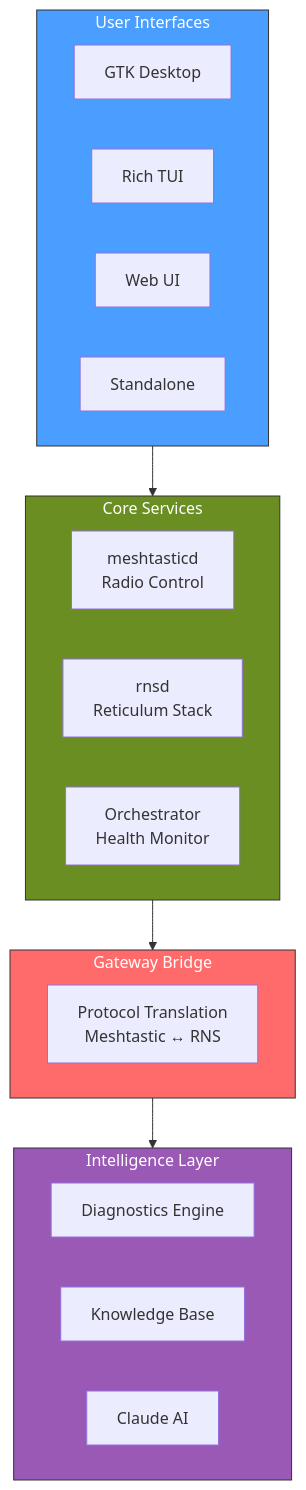
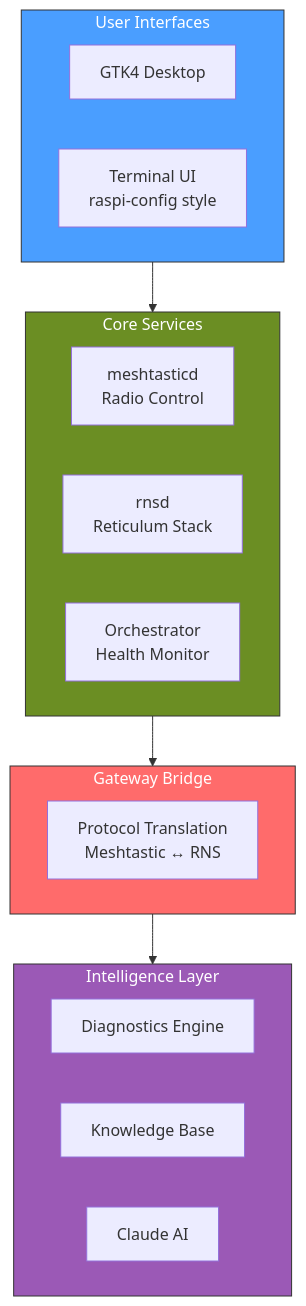
One commit to Nursedude/meshanchor changed the second of 2 diagrams in README.md. Above: the diagram before and after it, drawn with Mermaid. The commit also changed other lines of this file and 46 other files, not shown here.

First line of the commit message:
refactor: Consolidate 7 UIs down to 2 (GTK Desktop + Terminal TUI)

````diff
--- a/README.md
+++ b/README.md
@@ -174,34 +173,32 @@
 ```mermaid
 flowchart TB
     subgraph UI[User Interfaces]
-        GTK[GTK Desktop]
-        TUI[Rich TUI]
-        WEB[Web UI]
-        SA[Standalone]
+        GTK[GTK4 Desktop]
+        TUI[Terminal UI<br/>raspi-config style]
     end
 
     subgraph SERVICES[Core Services]
         MTD[meshtasticd<br/>Radio Control]
         RNS[rnsd<br/>Reticulum Stack]
         ORC[Orchestrator<br/>Health Monitor]
     end
 
     subgraph BRIDGE[Gateway Bridge]
         PROTO[Protocol Translation<br/>Meshtastic ↔ RNS]
     end
 
     subgraph INTEL[Intelligence Layer]
         DIAG[Diagnostics Engine]
         KB[Knowledge Base]
         AI[Claude AI]
     end
 
     UI --> SERVICES
     SERVICES --> BRIDGE
     BRIDGE --> INTEL
 
     style UI fill:#4a9eff,stroke:#333,color:#fff
     style SERVICES fill:#6b8e23,stroke:#333,color:#fff
     style BRIDGE fill:#ff6b6b,stroke:#333,color:#fff
     style INTEL fill:#9b59b6,stroke:#333,color:#fff
 ```
````
